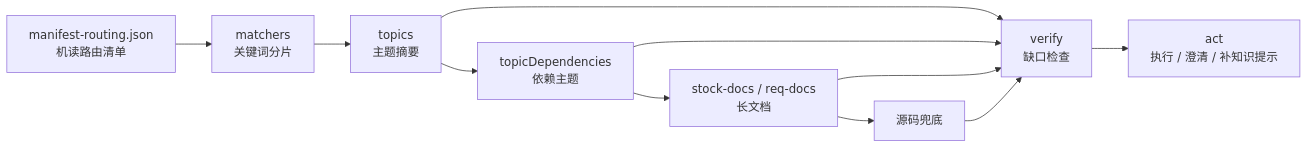
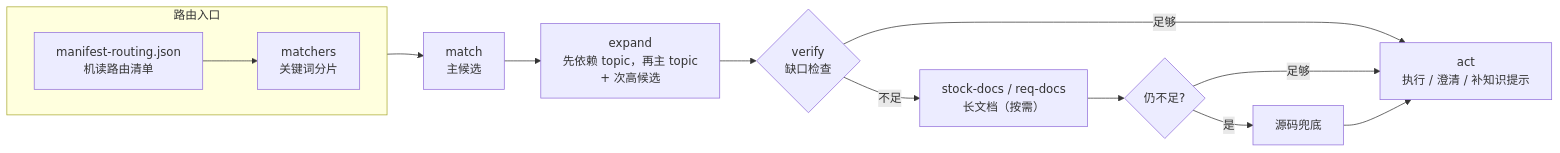
One commit to Lands-1203/Flow2Spec changed the first of 4 diagrams in docs/Flow2Spec基础介绍.md. Above: the diagram before and after it, drawn with Mermaid. The commit also changed other lines of this file and 1 other file, not shown here.

Commit message:
图修复

````diff
--- a/docs/Flow2Spec基础介绍.md
+++ b/docs/Flow2Spec基础介绍.md
@@ -127,13 +129,21 @@
 ```mermaid
 flowchart LR
-  A[manifest-routing.json<br/>机读路由清单] --> B[matchers<br/>关键词分片]
-  B --> C[topics<br/>主题摘要]
-  C --> D[topicDependencies<br/>依赖主题]
-  D --> E[stock-docs / req-docs<br/>长文档]
-  E --> F[源码兜底]
-  C --> G[verify<br/>缺口检查]
-  D --> G
-  E --> G
-  F --> G
-  G --> H[act<br/>执行 / 澄清 / 补知识提示]
+  subgraph entry["路由入口"]
+    direction LR
+    A["manifest-routing.json<br/>机读路由清单"] --> B["matchers<br/>关键词分片"]
+  end
+  
+ 
+  B --> M["match<br/>主候选"]
+  M --> E["expand<br/>先依赖 topic，再主 topic<br/>+ 次高候选"]
+  E --> V{"verify<br/>缺口检查"}
+
+  V -->|足够| H["act<br/>执行 / 澄清 / 补知识提示"]
+  V -->|不足| F["stock-docs / req-docs<br/>长文档（按需）"]
+  F --> V2{"仍不足?"}
+  V2 -->|是| G["源码兜底"]
+  V2 -->|足够| H
+  G --> H
+
+  entry ~~~ M
 ```
````
